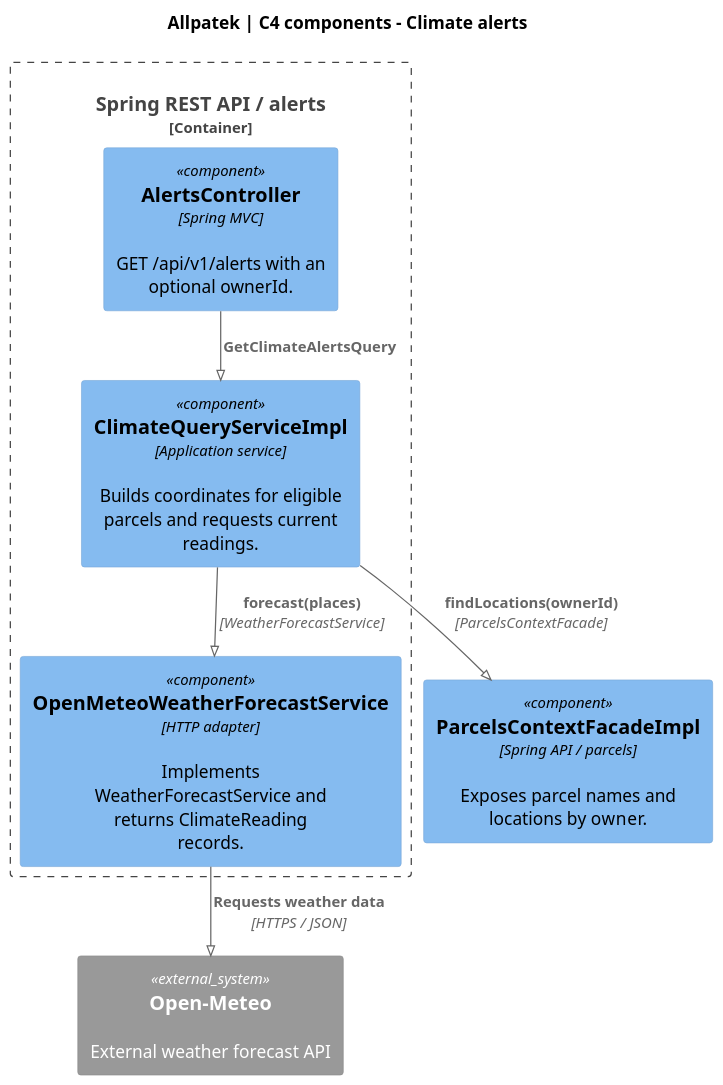
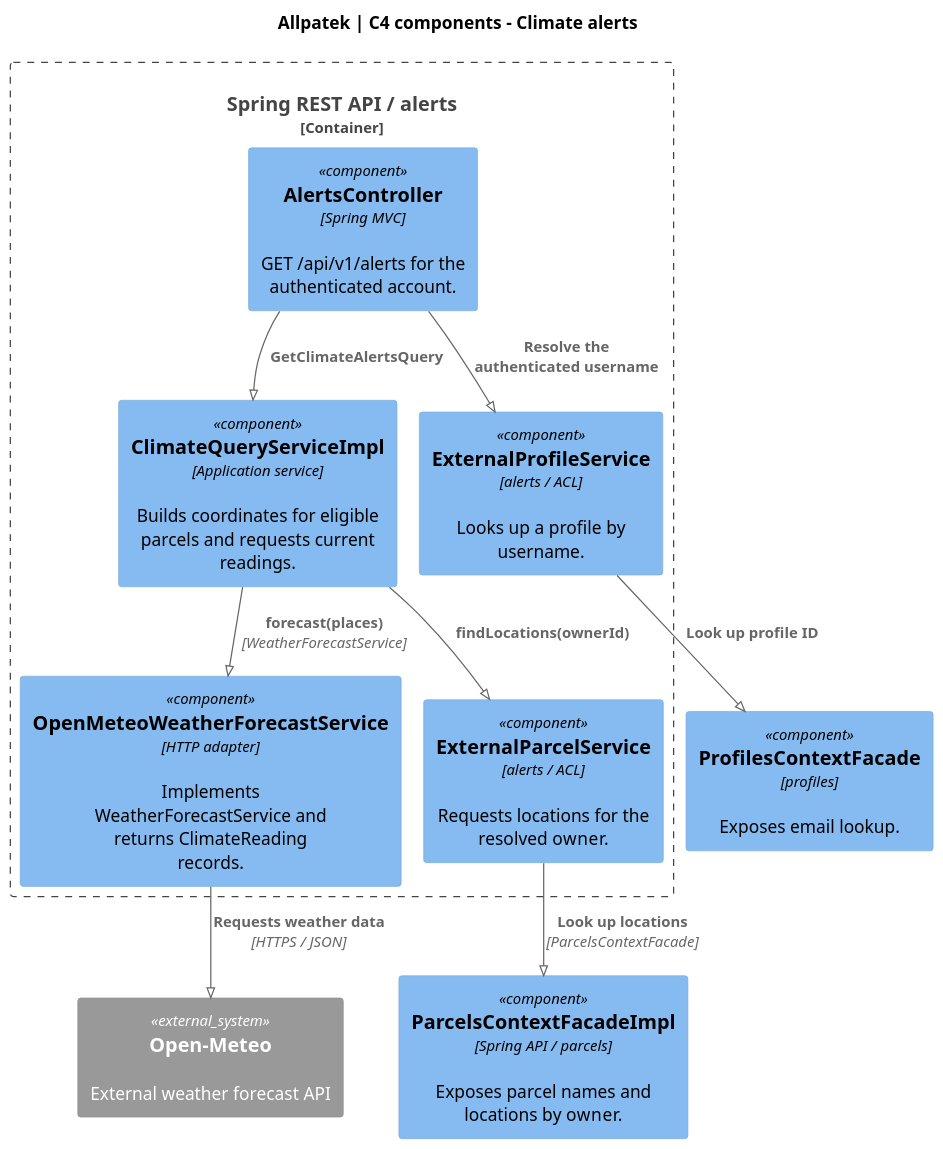
One commit to upc-pre-202620-1asi0729-7753-Terranova/allpatek-report changed the diagram in assets/chapter-04/architecture/c4-alerts.puml. Above: the diagram before and after it, drawn with PlantUML. The commit also changed 3 other files, not shown here.

Commit message:
docs(c4): resolve climate readings for the authenticated owner

```diff
--- a/assets/chapter-04/architecture/c4-alerts.puml
+++ b/assets/chapter-04/architecture/c4-alerts.puml
@@ -1,23 +1,31 @@
 @startuml
 !pragma layout smetana
 !include <C4/C4_Component>
 skinparam backgroundColor white
 skinparam defaultFontName SansSerif
 skinparam shadowing false
 skinparam dpi 120
 LAYOUT_TOP_DOWN()
 
 title Allpatek | C4 components - Climate alerts
 Container_Boundary(api, "Spring REST API / alerts") {
-  Component(rest, "AlertsController", "Spring MVC", "GET /api/v1/alerts with an optional ownerId.")
+  Component(rest, "AlertsController", "Spring MVC", "GET /api/v1/alerts for the authenticated account.")
   Component(query, "ClimateQueryServiceImpl", "Application service", "Builds coordinates for eligible parcels and requests current readings.")
   Component(adapter, "OpenMeteoWeatherForecastService", "HTTP adapter", "Implements WeatherForecastService and returns ClimateReading records.")
+  Component(profileAcl, "ExternalProfileService", "alerts / ACL", "Looks up a profile by username.")
+  Component(parcelAcl, "ExternalParcelService", "alerts / ACL", "Requests locations for the resolved owner.")
 }
+
+Component(pf, "ProfilesContextFacade", "profiles", "Exposes email lookup.")
+
 Component(facade, "ParcelsContextFacadeImpl", "Spring API / parcels", "Exposes parcel names and locations by owner.")
 System_Ext(weather, "Open-Meteo", "External weather forecast API")
 
 Rel(rest, query, "GetClimateAlertsQuery")
-Rel(query, facade, "findLocations(ownerId)", "ParcelsContextFacade")
+Rel(query, parcelAcl, "findLocations(ownerId)")
+Rel(parcelAcl, facade, "Look up locations", "ParcelsContextFacade")
 Rel(query, adapter, "forecast(places)", "WeatherForecastService")
 Rel(adapter, weather, "Requests weather data", "HTTPS / JSON")
+Rel(rest, profileAcl, "Resolve the authenticated username")
+Rel(profileAcl, pf, "Look up profile ID")
 @enduml
```
